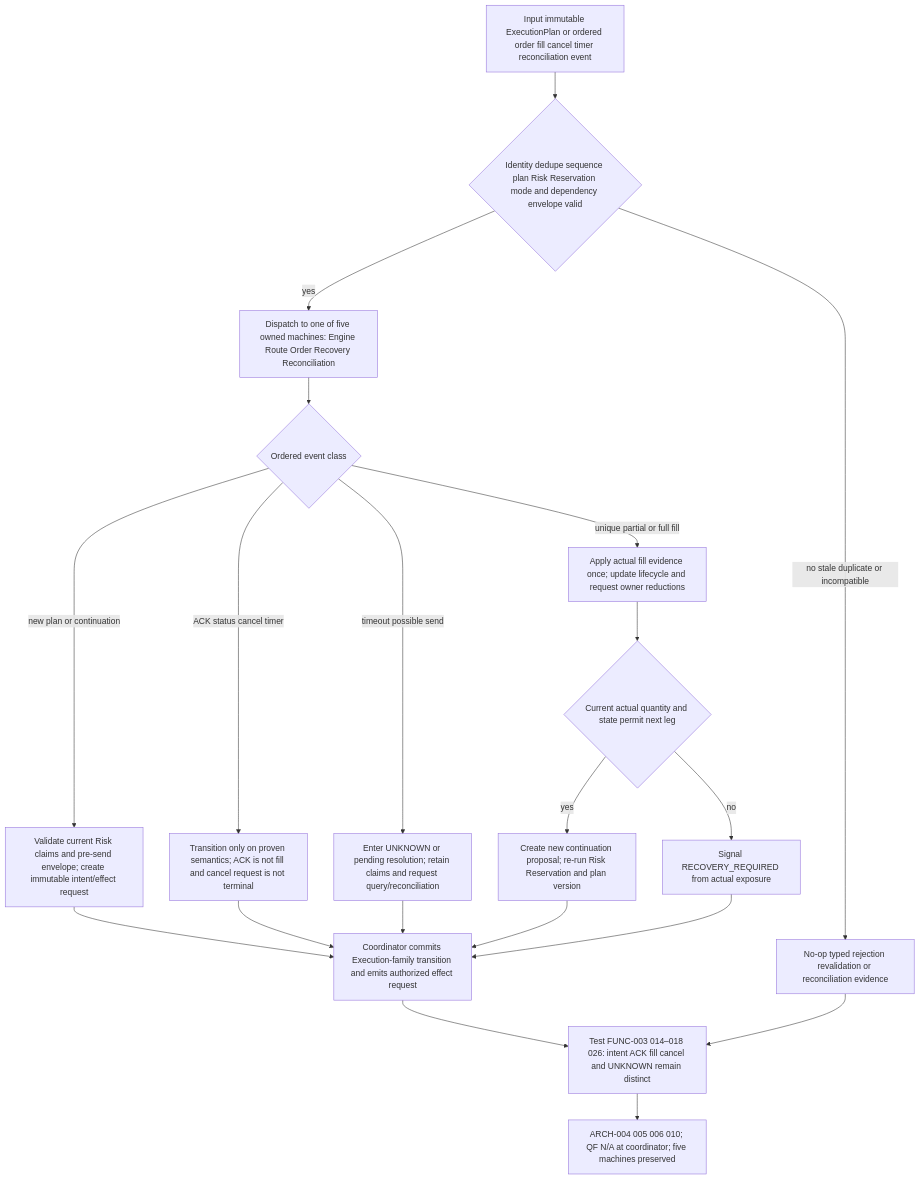
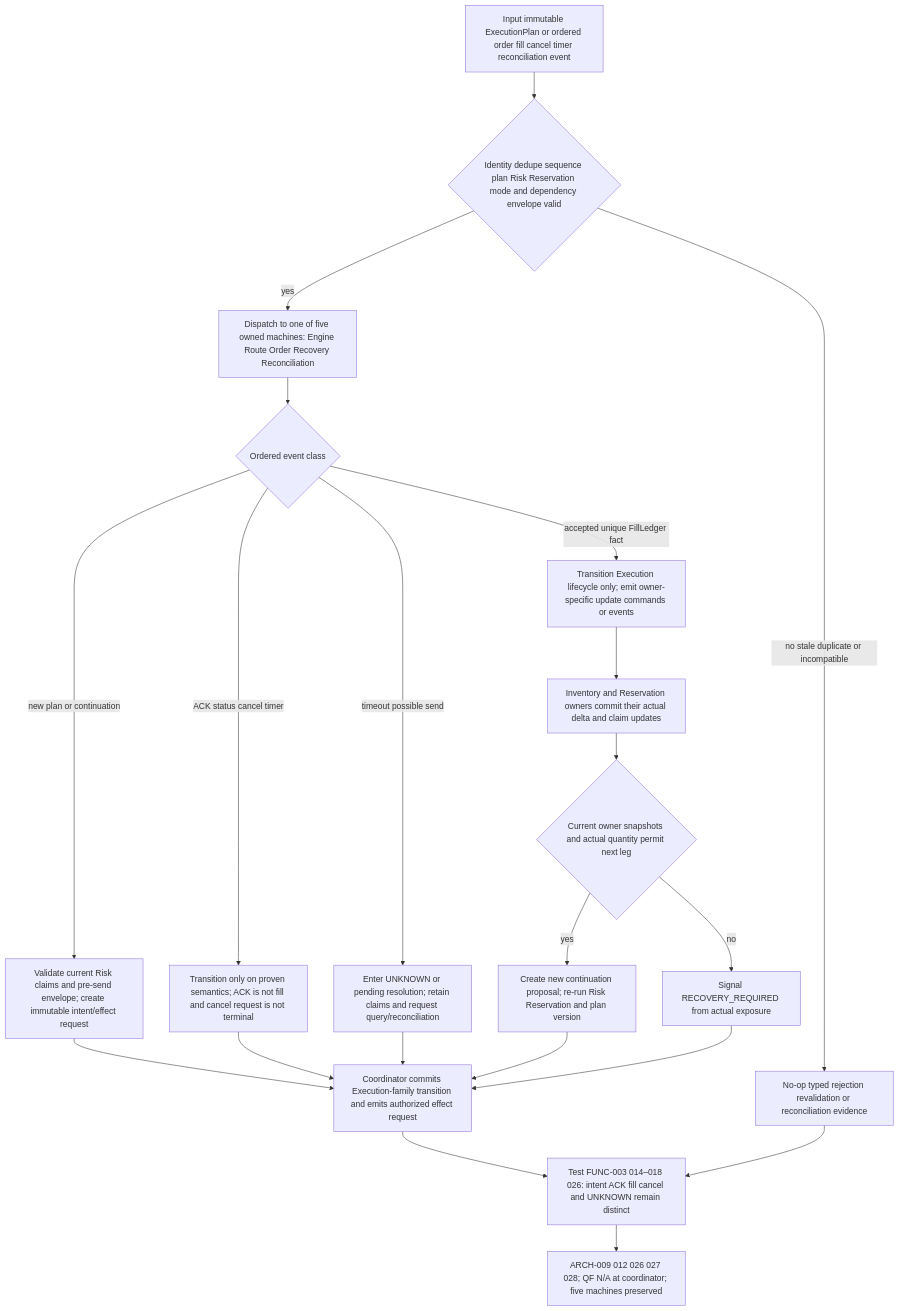
Before and after one commit to Insular2895/hyperliquid-arbitrage-bot: diagram 34 of 37 in docs_v2/deep-specs/architecture/15_ARCHITECTURE_VISUAL_ATLAS.md, drawn with Mermaid. The commit also changed other lines of this file and 3 other files, not shown here.

````diff
--- a/docs_v2/deep-specs/architecture/15_ARCHITECTURE_VISUAL_ATLAS.md
+++ b/docs_v2/deep-specs/architecture/15_ARCHITECTURE_VISUAL_ATLAS.md
@@ -1282,22 +1294,23 @@
 ```mermaid
 flowchart TD
     I34["Input immutable ExecutionPlan or ordered order fill cancel timer reconciliation event"] --> V34{"Identity dedupe sequence plan Risk Reservation mode and dependency envelope valid"}
     V34 -->|no stale duplicate or incompatible| R34["No-op typed rejection revalidation or reconciliation evidence"]
     V34 -->|yes| M34["Dispatch to one of five owned machines: Engine Route Order Recovery Reconciliation"]
     M34 --> D34{"Ordered event class"}
     D34 -->|new plan or continuation| P34["Validate current Risk claims and pre-send envelope; create immutable intent/effect request"]
     D34 -->|ACK status cancel timer| S34["Transition only on proven semantics; ACK is not fill and cancel request is not terminal"]
-    D34 -->|unique partial or full fill| F34["Apply actual fill evidence once; update lifecycle and request owner reductions"]
+    D34 -->|accepted unique FillLedger fact| F34["Transition Execution lifecycle only; emit owner-specific update commands or events"]
     D34 -->|timeout possible send| U34["Enter UNKNOWN or pending resolution; retain claims and request query/reconciliation"]
-    F34 --> C34{"Current actual quantity and state permit next leg"}
+    F34 --> W34["Inventory and Reservation owners commit their actual delta and claim updates"]
+    W34 --> C34{"Current owner snapshots and actual quantity permit next leg"}
     C34 -->|yes| N34["Create new continuation proposal; re-run Risk Reservation and plan version"]
     C34 -->|no| Y34["Signal RECOVERY_REQUIRED from actual exposure"]
     P34 --> O34["Coordinator commits Execution-family transition and emits authorized effect request"]
     S34 --> O34
     U34 --> O34
     N34 --> O34
     Y34 --> O34
     O34 --> T34["Test FUNC-003 014–018 026: intent ACK fill cancel and UNKNOWN remain distinct"]
     R34 --> T34
-    T34 --> Z34["ARCH-004 005 006 010; QF N/A at coordinator; five machines preserved"]
+    T34 --> Z34["ARCH-009 012 026 027 028; QF N/A at coordinator; five machines preserved"]
 ```
````
